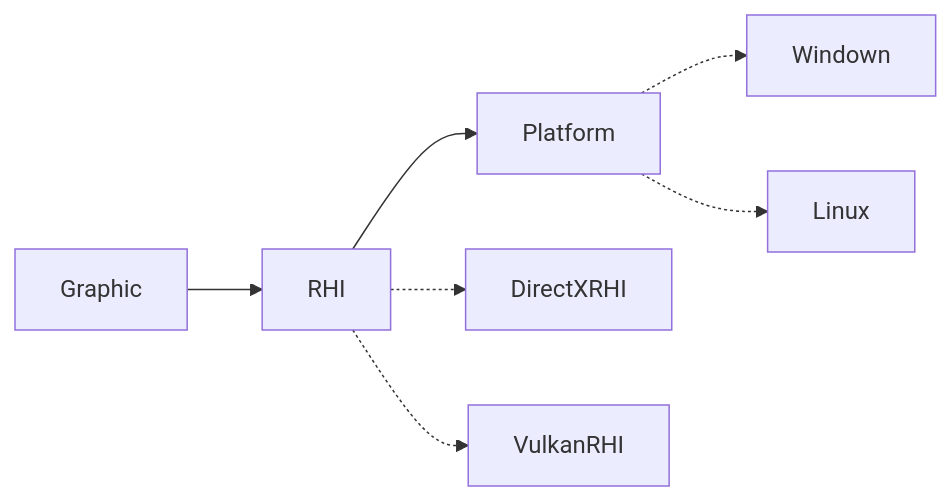
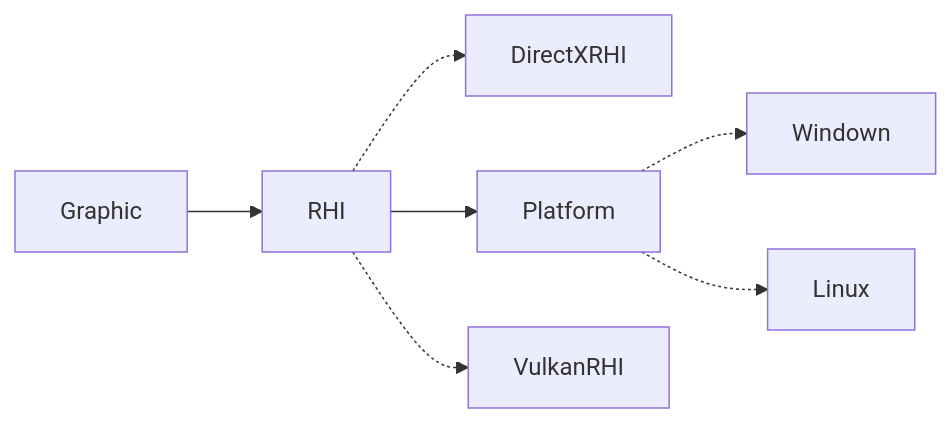
Before and after one commit to Gajumaru314159/OctbitEngine: the first of 2 diagrams in Source/Framework/Engine/Misc/Module.md, drawn with Mermaid. The commit also changed other lines of this file and 13 other files, not shown here.

````diff
--- a/Source/Framework/Engine/Misc/Module.md
+++ b/Source/Framework/Engine/Misc/Module.md
@@ -4,7 +183,8 @@
 ```mermaid
 graph LR
 
+	RHI-.->DirectXRHI
 	Graphic-->RHI-->Platform
-	RHI-.->DirectXRHI & VulkanRHI
+	RHI-.->VulkanRHI
 	Platform-.->Windown & Linux
 ```
````
